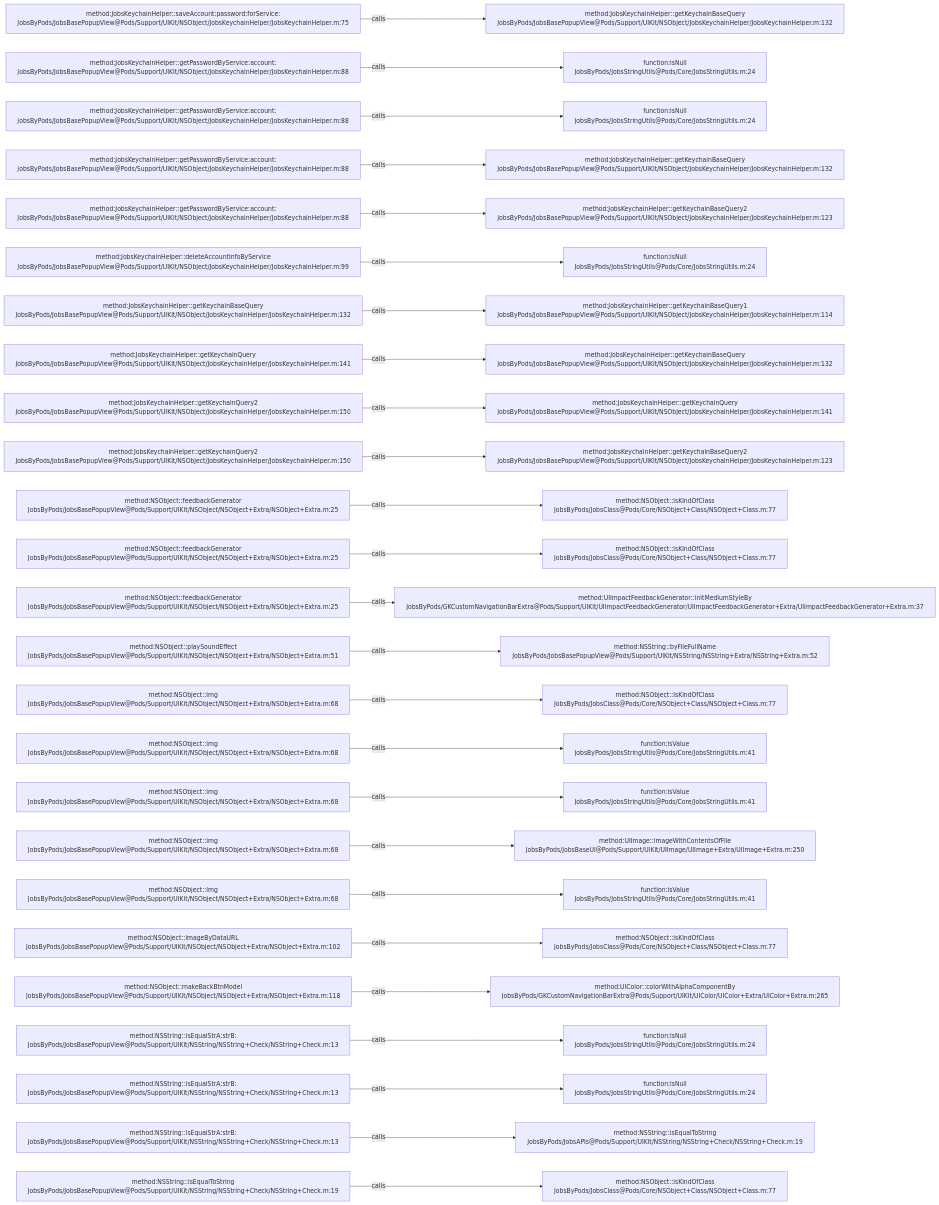
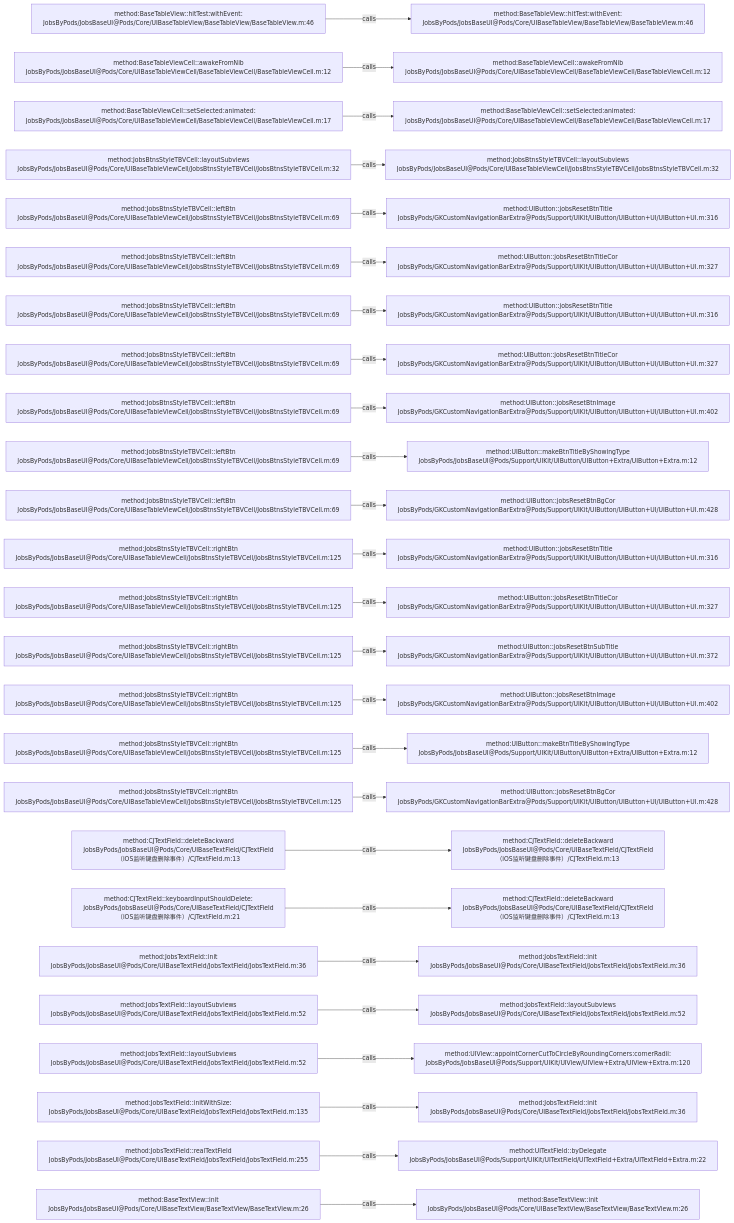
The diagram in .codegraph/codegraph.md/graphs/calls-018.md (JobsKits/JobsOCBaseConfigDemo), drawn with Mermaid before and after one commit. The commit also changed 573 other files, not shown here.

````diff
--- a/.codegraph/codegraph.md/graphs/calls-018.md
+++ b/.codegraph/codegraph.md/graphs/calls-018.md
@@ -13,78 +13,78 @@
 ```mermaid
 flowchart LR
-  S1["method:JobsKeychainHelper::saveAccount:password:forService:<br/>JobsByPods/JobsBasePopupView@Pods/Support/UIKit/NSObject/JobsKeychainHelper/JobsKeychainHelper.m:75"]
-  T1["method:JobsKeychainHelper::getKeychainBaseQuery<br/>JobsByPods/JobsBasePopupView@Pods/Support/UIKit/NSObject/JobsKeychainHelper/JobsKeychainHelper.m:132"]
+  S1["method:BaseTableView::hitTest:withEvent:<br/>JobsByPods/JobsBaseUI@Pods/Core/UIBaseTableView/BaseTableView/BaseTableView.m:46"]
+  T1["method:BaseTableView::hitTest:withEvent:<br/>JobsByPods/JobsBaseUI@Pods/Core/UIBaseTableView/BaseTableView/BaseTableView.m:46"]
   S1 -->|calls| T1
-  S2["method:JobsKeychainHelper::getPasswordByService:account:<br/>JobsByPods/JobsBasePopupView@Pods/Support/UIKit/NSObject/JobsKeychainHelper/JobsKeychainHelper.m:88"]
-  T2["function:isNull<br/>JobsByPods/JobsStringUtils@Pods/Core/JobsStringUtils.m:24"]
+  S2["method:BaseTableViewCell::awakeFromNib<br/>JobsByPods/JobsBaseUI@Pods/Core/UIBaseTableViewCell/BaseTableViewCell/BaseTableViewCell.m:12"]
+  T2["method:BaseTableViewCell::awakeFromNib<br/>JobsByPods/JobsBaseUI@Pods/Core/UIBaseTableViewCell/BaseTableViewCell/BaseTableViewCell.m:12"]
   S2 -->|calls| T2
-  S3["method:JobsKeychainHelper::getPasswordByService:account:<br/>JobsByPods/JobsBasePopupView@Pods/Support/UIKit/NSObject/JobsKeychainHelper/JobsKeychainHelper.m:88"]
-  T3["function:isNull<br/>JobsByPods/JobsStringUtils@Pods/Core/JobsStringUtils.m:24"]
+  S3["method:BaseTableViewCell::setSelected:animated:<br/>JobsByPods/JobsBaseUI@Pods/Core/UIBaseTableViewCell/BaseTableViewCell/BaseTableViewCell.m:17"]
+  T3["method:BaseTableViewCell::setSelected:animated:<br/>JobsByPods/JobsBaseUI@Pods/Core/UIBaseTableViewCell/BaseTableViewCell/BaseTableViewCell.m:17"]
   S3 -->|calls| T3
-  S4["method:JobsKeychainHelper::getPasswordByService:account:<br/>JobsByPods/JobsBasePopupView@Pods/Support/UIKit/NSObject/JobsKeychainHelper/JobsKeychainHelper.m:88"]
-  T4["method:JobsKeychainHelper::getKeychainBaseQuery<br/>JobsByPods/JobsBasePopupView@Pods/Support/UIKit/NSObject/JobsKeychainHelper/JobsKeychainHelper.m:132"]
+  S4["method:JobsBtnsStyleTBVCell::layoutSubviews<br/>JobsByPods/JobsBaseUI@Pods/Core/UIBaseTableViewCell/JobsBtnsStyleTBVCell/JobsBtnsStyleTBVCell.m:32"]
+  T4["method:JobsBtnsStyleTBVCell::layoutSubviews<br/>JobsByPods/JobsBaseUI@Pods/Core/UIBaseTableViewCell/JobsBtnsStyleTBVCell/JobsBtnsStyleTBVCell.m:32"]
   S4 -->|calls| T4
-  S5["method:JobsKeychainHelper::getPasswordByService:account:<br/>JobsByPods/JobsBasePopupView@Pods/Support/UIKit/NSObject/JobsKeychainHelper/JobsKeychainHelper.m:88"]
-  T5["method:JobsKeychainHelper::getKeychainBaseQuery2<br/>JobsByPods/JobsBasePopupView@Pods/Support/UIKit/NSObject/JobsKeychainHelper/JobsKeychainHelper.m:123"]
+  S5["method:JobsBtnsStyleTBVCell::leftBtn<br/>JobsByPods/JobsBaseUI@Pods/Core/UIBaseTableViewCell/JobsBtnsStyleTBVCell/JobsBtnsStyleTBVCell.m:69"]
+  T5["method:UIButton::jobsResetBtnTitle<br/>JobsByPods/GKCustomNavigationBarExtra@Pods/Support/UIKit/UIButton/UIButton+UI/UIButton+UI.m:316"]
   S5 -->|calls| T5
-  S6["method:JobsKeychainHelper::deleteAccountInfoByService<br/>JobsByPods/JobsBasePopupView@Pods/Support/UIKit/NSObject/JobsKeychainHelper/JobsKeychainHelper.m:99"]
-  T6["function:isNull<br/>JobsByPods/JobsStringUtils@Pods/Core/JobsStringUtils.m:24"]
+  S6["method:JobsBtnsStyleTBVCell::leftBtn<br/>JobsByPods/JobsBaseUI@Pods/Core/UIBaseTableViewCell/JobsBtnsStyleTBVCell/JobsBtnsStyleTBVCell.m:69"]
+  T6["method:UIButton::jobsResetBtnTitleCor<br/>JobsByPods/GKCustomNavigationBarExtra@Pods/Support/UIKit/UIButton/UIButton+UI/UIButton+UI.m:327"]
   S6 -->|calls| T6
-  S7["method:JobsKeychainHelper::getKeychainBaseQuery<br/>JobsByPods/JobsBasePopupView@Pods/Support/UIKit/NSObject/JobsKeychainHelper/JobsKeychainHelper.m:132"]
-  T7["method:JobsKeychainHelper::getKeychainBaseQuery1<br/>JobsByPods/JobsBasePopupView@Pods/Support/UIKit/NSObject/JobsKeychainHelper/JobsKeychainHelper.m:114"]
+  S7["method:JobsBtnsStyleTBVCell::leftBtn<br/>JobsByPods/JobsBaseUI@Pods/Core/UIBaseTableViewCell/JobsBtnsStyleTBVCell/JobsBtnsStyleTBVCell.m:69"]
+  T7["method:UIButton::jobsResetBtnTitle<br/>JobsByPods/GKCustomNavigationBarExtra@Pods/Support/UIKit/UIButton/UIButton+UI/UIButton+UI.m:316"]
   S7 -->|calls| T7
-  S8["method:JobsKeychainHelper::getKeychainQuery<br/>JobsByPods/JobsBasePopupView@Pods/Support/UIKit/NSObject/JobsKeychainHelper/JobsKeychainHelper.m:141"]
-  T8["method:JobsKeychainHelper::getKeychainBaseQuery<br/>JobsByPods/JobsBasePopupView@Pods/Support/UIKit/NSObject/JobsKeychainHelper/JobsKeychainHelper.m:132"]
+  S8["method:JobsBtnsStyleTBVCell::leftBtn<br/>JobsByPods/JobsBaseUI@Pods/Core/UIBaseTableViewCell/JobsBtnsStyleTBVCell/JobsBtnsStyleTBVCell.m:69"]
+  T8["method:UIButton::jobsResetBtnTitleCor<br/>JobsByPods/GKCustomNavigationBarExtra@Pods/Support/UIKit/UIButton/UIButton+UI/UIButton+UI.m:327"]
   S8 -->|calls| T8
-  S9["method:JobsKeychainHelper::getKeychainQuery2<br/>JobsByPods/JobsBasePopupView@Pods/Support/UIKit/NSObject/JobsKeychainHelper/JobsKeychainHelper.m:150"]
-  T9["method:JobsKeychainHelper::getKeychainQuery<br/>JobsByPods/JobsBasePopupView@Pods/Support/UIKit/NSObject/JobsKeychainHelper/JobsKeychainHelper.m:141"]
+  S9["method:JobsBtnsStyleTBVCell::leftBtn<br/>JobsByPods/JobsBaseUI@Pods/Core/UIBaseTableViewCell/JobsBtnsStyleTBVCell/JobsBtnsStyleTBVCell.m:69"]
+  T9["method:UIButton::jobsResetBtnImage<br/>JobsByPods/GKCustomNavigationBarExtra@Pods/Support/UIKit/UIButton/UIButton+UI/UIButton+UI.m:402"]
   S9 -->|calls| T9
-  S10["method:JobsKeychainHelper::getKeychainQuery2<br/>JobsByPods/JobsBasePopupView@Pods/Support/UIKit/NSObject/JobsKeychainHelper/JobsKeychainHelper.m:150"]
-  T10["method:JobsKeychainHelper::getKeychainBaseQuery2<br/>JobsByPods/JobsBasePopupView@Pods/Support/UIKit/NSObject/JobsKeychainHelper/JobsKeychainHelper.m:123"]
+  S10["method:JobsBtnsStyleTBVCell::leftBtn<br/>JobsByPods/JobsBaseUI@Pods/Core/UIBaseTableViewCell/JobsBtnsStyleTBVCell/JobsBtnsStyleTBVCell.m:69"]
+  T10["method:UIButton::makeBtnTitleByShowingType<br/>JobsByPods/JobsBaseUI@Pods/Support/UIKit/UIButton/UIButton+Extra/UIButton+Extra.m:12"]
   S10 -->|calls| T10
-  S11["method:NSObject::feedbackGenerator<br/>JobsByPods/JobsBasePopupView@Pods/Support/UIKit/NSObject/NSObject+Extra/NSObject+Extra.m:25"]
-  T11["method:NSObject::isKindOfClass<br/>JobsByPods/JobsClass@Pods/Core/NSObject+Class/NSObject+Class.m:77"]
+  S11["method:JobsBtnsStyleTBVCell::leftBtn<br/>JobsByPods/JobsBaseUI@Pods/Core/UIBaseTableViewCell/JobsBtnsStyleTBVCell/JobsBtnsStyleTBVCell.m:69"]
+  T11["method:UIButton::jobsResetBtnBgCor<br/>JobsByPods/GKCustomNavigationBarExtra@Pods/Support/UIKit/UIButton/UIButton+UI/UIButton+UI.m:428"]
   S11 -->|calls| T11
-  S12["method:NSObject::feedbackGenerator<br/>JobsByPods/JobsBasePopupView@Pods/Support/UIKit/NSObject/NSObject+Extra/NSObject+Extra.m:25"]
-  T12["method:NSObject::isKindOfClass<br/>JobsByPods/JobsClass@Pods/Core/NSObject+Class/NSObject+Class.m:77"]
+  S12["method:JobsBtnsStyleTBVCell::rightBtn<br/>JobsByPods/JobsBaseUI@Pods/Core/UIBaseTableViewCell/JobsBtnsStyleTBVCell/JobsBtnsStyleTBVCell.m:125"]
+  T12["method:UIButton::jobsResetBtnTitle<br/>JobsByPods/GKCustomNavigationBarExtra@Pods/Support/UIKit/UIButton/UIButton+UI/UIButton+UI.m:316"]
   S12 -->|calls| T12
-  S13["method:NSObject::feedbackGenerator<br/>JobsByPods/JobsBasePopupView@Pods/Support/UIKit/NSObject/NSObject+Extra/NSObject+Extra.m:25"]
-  T13["method:UIImpactFeedbackGenerator::initMediumStyleBy<br/>JobsByPods/GKCustomNavigationBarExtra@Pods/Support/UIKit/UIImpactFeedbackGenerator/UIImpactFeedbackGenerator+Extra/UIImpactFeedbackGenerator+Extra.m:37"]
+  S13["method:JobsBtnsStyleTBVCell::rightBtn<br/>JobsByPods/JobsBaseUI@Pods/Core/UIBaseTableViewCell/JobsBtnsStyleTBVCell/JobsBtnsStyleTBVCell.m:125"]
+  T13["method:UIButton::jobsResetBtnTitleCor<br/>JobsByPods/GKCustomNavigationBarExtra@Pods/Support/UIKit/UIButton/UIButton+UI/UIButton+UI.m:327"]
   S13 -->|calls| T13
-  S14["method:NSObject::playSoundEffect<br/>JobsByPods/JobsBasePopupView@Pods/Support/UIKit/NSObject/NSObject+Extra/NSObject+Extra.m:51"]
-  T14["method:NSString::byFileFullName<br/>JobsByPods/JobsBasePopupView@Pods/Support/UIKit/NSString/NSString+Extra/NSString+Extra.m:52"]
+  S14["method:JobsBtnsStyleTBVCell::rightBtn<br/>JobsByPods/JobsBaseUI@Pods/Core/UIBaseTableViewCell/JobsBtnsStyleTBVCell/JobsBtnsStyleTBVCell.m:125"]
+  T14["method:UIButton::jobsResetBtnSubTitle<br/>JobsByPods/GKCustomNavigationBarExtra@Pods/Support/UIKit/UIButton/UIButton+UI/UIButton+UI.m:372"]
   S14 -->|calls| T14
-  S15["method:NSObject::img<br/>JobsByPods/JobsBasePopupView@Pods/Support/UIKit/NSObject/NSObject+Extra/NSObject+Extra.m:68"]
-  T15["method:NSObject::isKindOfClass<br/>JobsByPods/JobsClass@Pods/Core/NSObject+Class/NSObject+Class.m:77"]
+  S15["method:JobsBtnsStyleTBVCell::rightBtn<br/>JobsByPods/JobsBaseUI@Pods/Core/UIBaseTableViewCell/JobsBtnsStyleTBVCell/JobsBtnsStyleTBVCell.m:125"]
+  T15["method:UIButton::jobsResetBtnImage<br/>JobsByPods/GKCustomNavigationBarExtra@Pods/Support/UIKit/UIButton/UIButton+UI/UIButton+UI.m:402"]
   S15 -->|calls| T15
-  S16["method:NSObject::img<br/>JobsByPods/JobsBasePopupView@Pods/Support/UIKit/NSObject/NSObject+Extra/NSObject+Extra.m:68"]
-  T16["function:isValue<br/>JobsByPods/JobsStringUtils@Pods/Core/JobsStringUtils.m:41"]
+  S16["method:JobsBtnsStyleTBVCell::rightBtn<br/>JobsByPods/JobsBaseUI@Pods/Core/UIBaseTableViewCell/JobsBtnsStyleTBVCell/JobsBtnsStyleTBVCell.m:125"]
+  T16["method:UIButton::makeBtnTitleByShowingType<br/>JobsByPods/JobsBaseUI@Pods/Support/UIKit/UIButton/UIButton+Extra/UIButton+Extra.m:12"]
   S16 -->|calls| T16
-  S17["method:NSObject::img<br/>JobsByPods/JobsBasePopupView@Pods/Support/UIKit/NSObject/NSObject+Extra/NSObject+Extra.m:68"]
-  T17["function:isValue<br/>JobsByPods/JobsStringUtils@Pods/Core/JobsStringUtils.m:41"]
+  S17["method:JobsBtnsStyleTBVCell::rightBtn<br/>JobsByPods/JobsBaseUI@Pods/Core/UIBaseTableViewCell/JobsBtnsStyleTBVCell/JobsBtnsStyleTBVCell.m:125"]
+  T17["method:UIButton::jobsResetBtnBgCor<br/>JobsByPods/GKCustomNavigationBarExtra@Pods/Support/UIKit/UIButton/UIButton+UI/UIButton+UI.m:428"]
   S17 -->|calls| T17
-  S18["method:NSObject::img<br/>JobsByPods/JobsBasePopupView@Pods/Support/UIKit/NSObject/NSObject+Extra/NSObject+Extra.m:68"]
-  T18["method:UIImage::imageWithContentsOfFile<br/>JobsByPods/JobsBaseUI@Pods/Support/UIKit/UIImage/UIImage+Extra/UIImage+Extra.m:250"]
+  S18["method:CJTextField::deleteBackward<br/>JobsByPods/JobsBaseUI@Pods/Core/UIBaseTextField/CJTextField（iOS监听键盘删除事件）/CJTextField.m:13"]
+  T18["method:CJTextField::deleteBackward<br/>JobsByPods/JobsBaseUI@Pods/Core/UIBaseTextField/CJTextField（iOS监听键盘删除事件）/CJTextField.m:13"]
   S18 -->|calls| T18
-  S19["method:NSObject::img<br/>JobsByPods/JobsBasePopupView@Pods/Support/UIKit/NSObject/NSObject+Extra/NSObject+Extra.m:68"]
-  T19["function:isValue<br/>JobsByPods/JobsStringUtils@Pods/Core/JobsStringUtils.m:41"]
+  S19["method:CJTextField::keyboardInputShouldDelete:<br/>JobsByPods/JobsBaseUI@Pods/Core/UIBaseTextField/CJTextField（iOS监听键盘删除事件）/CJTextField.m:21"]
+  T19["method:CJTextField::deleteBackward<br/>JobsByPods/JobsBaseUI@Pods/Core/UIBaseTextField/CJTextField（iOS监听键盘删除事件）/CJTextField.m:13"]
   S19 -->|calls| T19
-  S20["method:NSObject::imageByDataURL<br/>JobsByPods/JobsBasePopupView@Pods/Support/UIKit/NSObject/NSObject+Extra/NSObject+Extra.m:102"]
-  T20["method:NSObject::isKindOfClass<br/>JobsByPods/JobsClass@Pods/Core/NSObject+Class/NSObject+Class.m:77"]
+  S20["method:JobsTextField::init<br/>JobsByPods/JobsBaseUI@Pods/Core/UIBaseTextField/JobsTextField/JobsTextField.m:36"]
+  T20["method:JobsTextField::init<br/>JobsByPods/JobsBaseUI@Pods/Core/UIBaseTextField/JobsTextField/JobsTextField.m:36"]
   S20 -->|calls| T20
-  S21["method:NSObject::makeBackBtnModel<br/>JobsByPods/JobsBasePopupView@Pods/Support/UIKit/NSObject/NSObject+Extra/NSObject+Extra.m:118"]
-  T21["method:UIColor::colorWithAlphaComponentBy<br/>JobsByPods/GKCustomNavigationBarExtra@Pods/Support/UIKit/UIColor/UIColor+Extra/UIColor+Extra.m:265"]
+  S21["method:JobsTextField::layoutSubviews<br/>JobsByPods/JobsBaseUI@Pods/Core/UIBaseTextField/JobsTextField/JobsTextField.m:52"]
+  T21["method:JobsTextField::layoutSubviews<br/>JobsByPods/JobsBaseUI@Pods/Core/UIBaseTextField/JobsTextField/JobsTextField.m:52"]
   S21 -->|calls| T21
-  S22["method:NSString::isEqualStrA:strB:<br/>JobsByPods/JobsBasePopupView@Pods/Support/UIKit/NSString/NSString+Check/NSString+Check.m:13"]
-  T22["function:isNull<br/>JobsByPods/JobsStringUtils@Pods/Core/JobsStringUtils.m:24"]
+  S22["method:JobsTextField::layoutSubviews<br/>JobsByPods/JobsBaseUI@Pods/Core/UIBaseTextField/JobsTextField/JobsTextField.m:52"]
+  T22["method:UIView::appointCornerCutToCircleByRoundingCorners:cornerRadii:<br/>JobsByPods/JobsBaseUI@Pods/Support/UIKit/UIView/UIView+Extra/UIView+Extra.m:120"]
   S22 -->|calls| T22
-  S23["method:NSString::isEqualStrA:strB:<br/>JobsByPods/JobsBasePopupView@Pods/Support/UIKit/NSString/NSString+Check/NSString+Check.m:13"]
-  T23["function:isNull<br/>JobsByPods/JobsStringUtils@Pods/Core/JobsStringUtils.m:24"]
+  S23["method:JobsTextField::initWithSize:<br/>JobsByPods/JobsBaseUI@Pods/Core/UIBaseTextField/JobsTextField/JobsTextField.m:135"]
+  T23["method:JobsTextField::init<br/>JobsByPods/JobsBaseUI@Pods/Core/UIBaseTextField/JobsTextField/JobsTextField.m:36"]
   S23 -->|calls| T23
-  S24["method:NSString::isEqualStrA:strB:<br/>JobsByPods/JobsBasePopupView@Pods/Support/UIKit/NSString/NSString+Check/NSString+Check.m:13"]
-  T24["method:NSString::isEqualToString<br/>JobsByPods/JobsAPIs@Pods/Support/UIKit/NSString/NSString+Check/NSString+Check.m:19"]
+  S24["method:JobsTextField::realTextField<br/>JobsByPods/JobsBaseUI@Pods/Core/UIBaseTextField/JobsTextField/JobsTextField.m:255"]
+  T24["method:UITextField::byDelegate<br/>JobsByPods/JobsBaseUI@Pods/Support/UIKit/UITextField/UITextField+Extra/UITextField+Extra.m:22"]
   S24 -->|calls| T24
-  S25["method:NSString::isEqualToString<br/>JobsByPods/JobsBasePopupView@Pods/Support/UIKit/NSString/NSString+Check/NSString+Check.m:19"]
-  T25["method:NSObject::isKindOfClass<br/>JobsByPods/JobsClass@Pods/Core/NSObject+Class/NSObject+Class.m:77"]
+  S25["method:BaseTextView::init<br/>JobsByPods/JobsBaseUI@Pods/Core/UIBaseTextView/BaseTextView/BaseTextView.m:26"]
+  T25["method:BaseTextView::init<br/>JobsByPods/JobsBaseUI@Pods/Core/UIBaseTextView/BaseTextView/BaseTextView.m:26"]
   S25 -->|calls| T25
 ```
````
